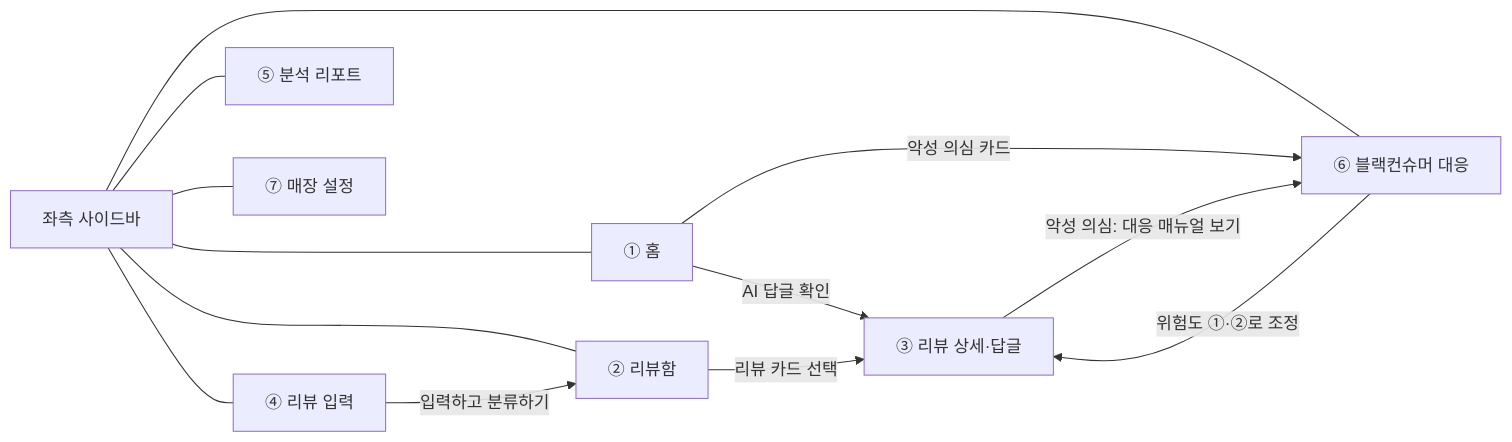
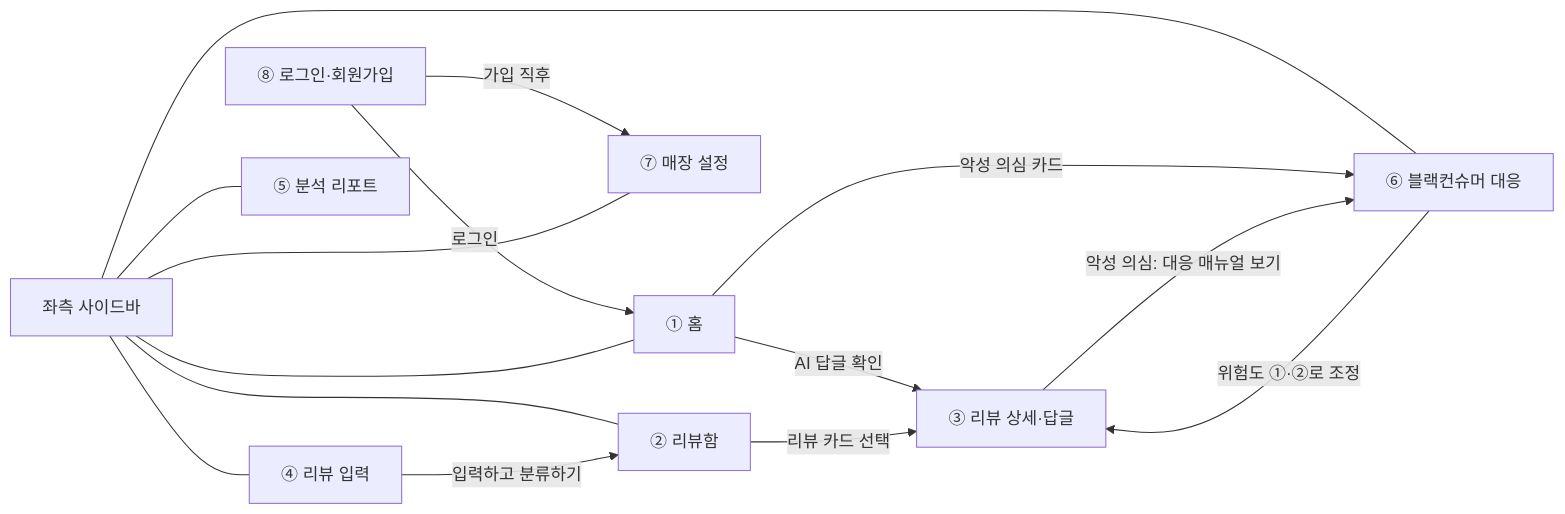
One commit to Mureung1/hub-showcase changed the first of 2 diagrams in docs/PRD.md. Above: the diagram before and after it, drawn with Mermaid. The commit also changed other lines of this file and 10 other files, not shown here.

````diff
--- a/docs/PRD.md
+++ b/docs/PRD.md
@@ -204,15 +225,17 @@
 ```mermaid
 flowchart LR
-    NAV[좌측 사이드바] --- HOME[① 홈]
+    LOGIN[⑧ 로그인·회원가입] -->|로그인| HOME[① 홈]
+    LOGIN -->|가입 직후| SET[⑦ 매장 설정]
+    NAV[좌측 사이드바] --- HOME
     NAV --- INBOX[② 리뷰함]
     NAV --- INPUT[④ 리뷰 입력]
     NAV --- RPT[⑤ 분석 리포트]
     NAV --- BC[⑥ 블랙컨슈머 대응]
-    NAV --- SET[⑦ 매장 설정]
+    NAV --- SET
     HOME -->|AI 답글 확인| DETAIL[③ 리뷰 상세·답글]
     HOME -->|악성 의심 카드| BC
     INBOX -->|리뷰 카드 선택| DETAIL
     INPUT -->|입력하고 분류하기| INBOX
     DETAIL -->|악성 의심: 대응 매뉴얼 보기| BC
     BC -->|위험도 ①·②로 조정| DETAIL
 ```
````
